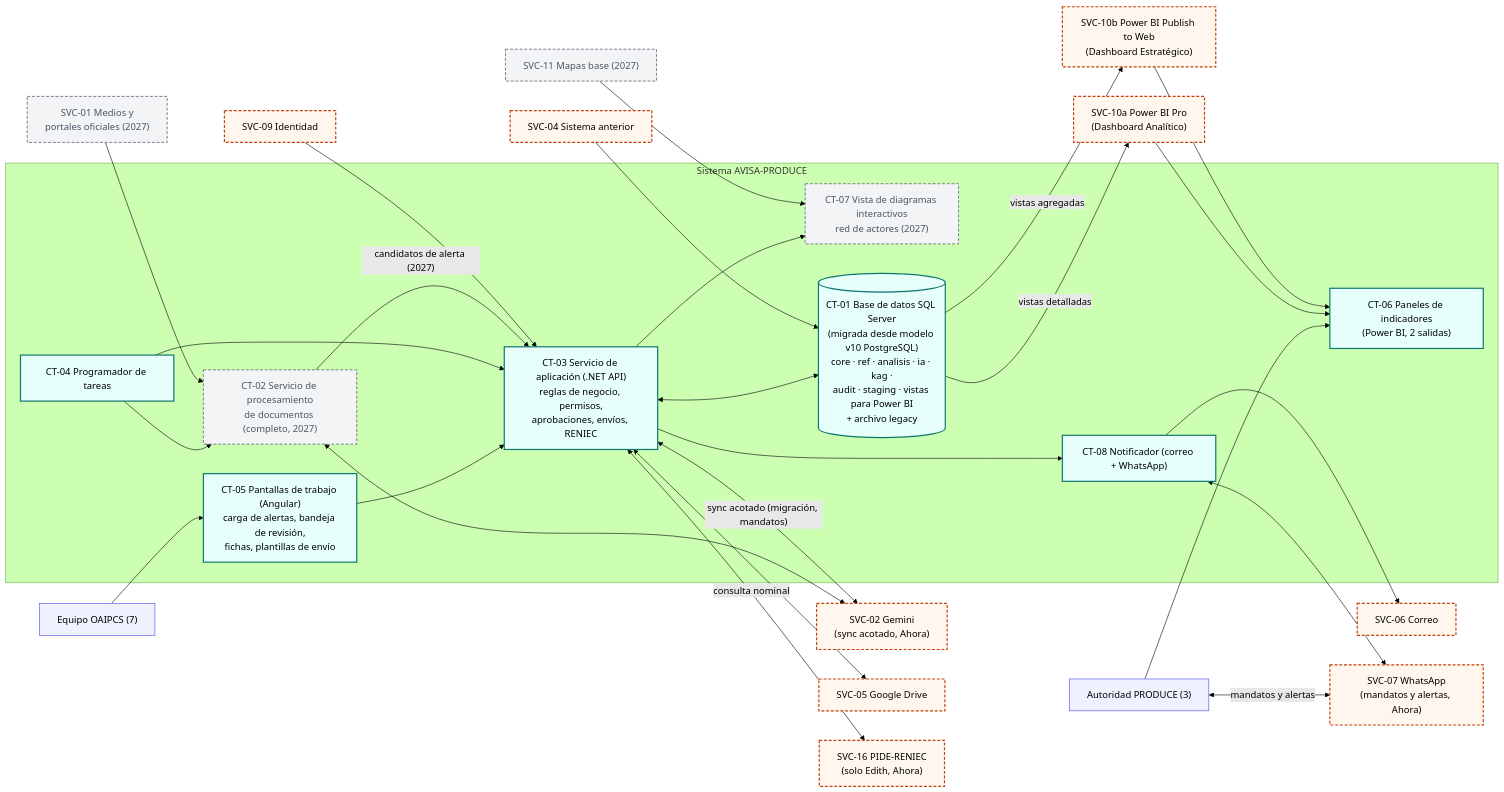
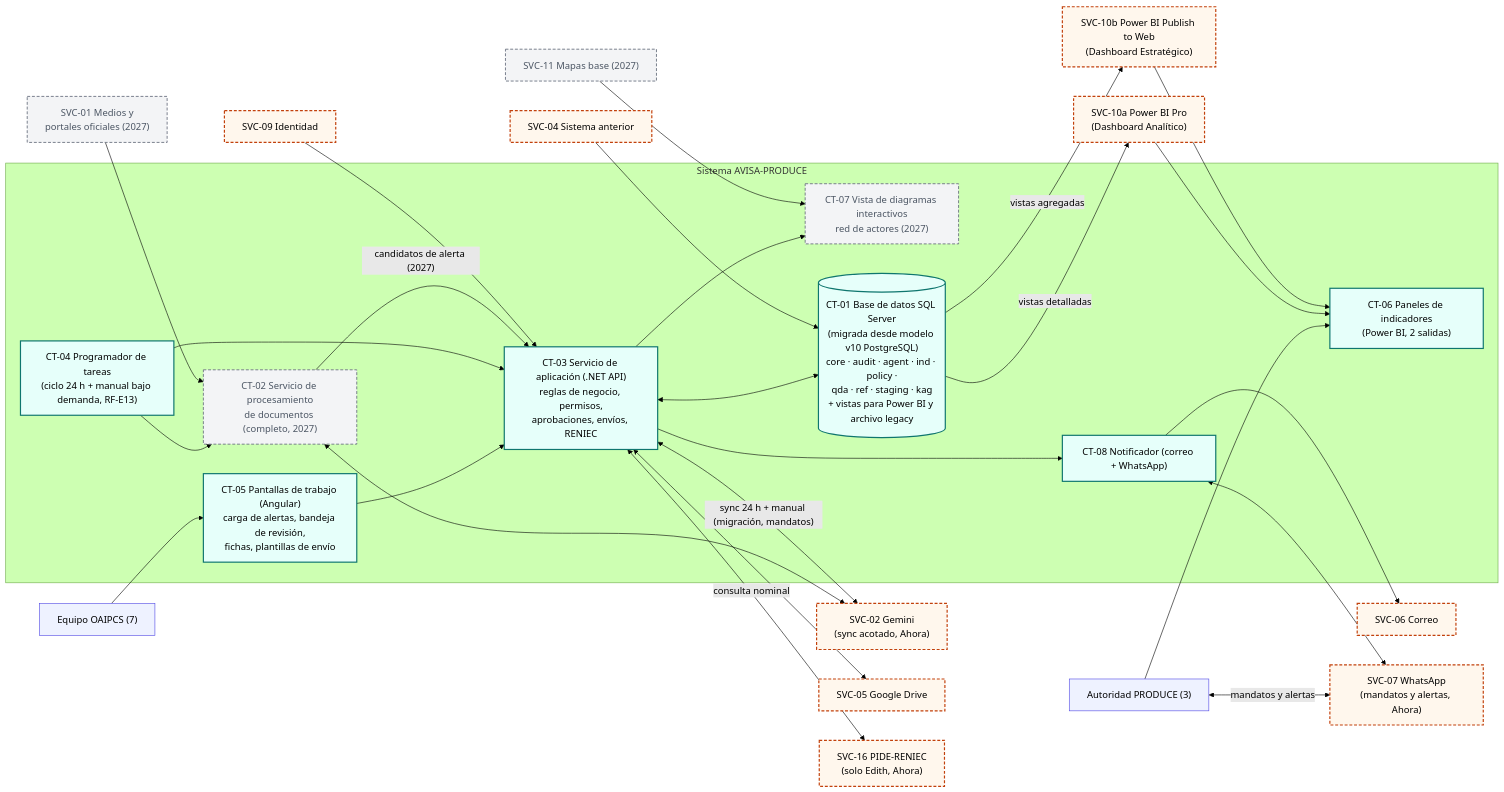
The fourth of 9 diagrams in docs/ERS_AVISA_PRODUCE_v0.6.md (diegopaucarv/avisa), drawn with Mermaid (forest theme) before and after one commit. The commit also changed other lines of this file and 5 other files, not shown here.

````diff
--- a/docs/ERS_AVISA_PRODUCE_v0.6.md
+++ b/docs/ERS_AVISA_PRODUCE_v0.6.md
@@ -1553,59 +1567,59 @@
 ```mermaid
 flowchart LR
   classDef pieza fill:#e6fffa,stroke:#0f766e,stroke-width:2px;
   classDef integra fill:#fff7ed,stroke:#c2410c,stroke-width:2px,stroke-dasharray:5 3;
   classDef pendiente fill:#fef2f2,stroke:#b91c1c,stroke-width:1.5px,stroke-dasharray:2 2;
   classDef futuro fill:#f3f4f6,stroke:#6b7280,stroke-width:1.5px,stroke-dasharray:5 3,color:#4b5563;
   classDef persona fill:#eef2ff,stroke:#4f46e5,stroke-width:1px;
 
   AN["Equipo OAIPCS (7)"]:::persona
   ALTA["Autoridad PRODUCE (3)"]:::persona
 
   subgraph SIS["Sistema AVISA-PRODUCE"]
     CT05["CT-05 Pantallas de trabajo (Angular)<br/>carga de alertas, bandeja de revisión,<br/>fichas, plantillas de envío"]:::pieza
     CT06["CT-06 Paneles de indicadores<br/>(Power BI, 2 salidas)"]:::pieza
     CT07["CT-07 Vista de diagramas interactivos<br/>red de actores (2027)"]:::futuro
     CT03["CT-03 Servicio de aplicación (.NET API)<br/>reglas de negocio, permisos,<br/>aprobaciones, envíos, RENIEC"]:::pieza
     CT02["CT-02 Servicio de procesamiento<br/>de documentos (completo, 2027)"]:::futuro
-    CT04["CT-04 Programador de tareas"]:::pieza
+    CT04["CT-04 Programador de tareas<br/>(ciclo 24 h + manual bajo demanda, RF-E13)"]:::pieza
     CT08["CT-08 Notificador (correo + WhatsApp)"]:::pieza
-    BD[("CT-01 Base de datos SQL Server<br/>(migrada desde modelo v10 PostgreSQL)<br/>core · ref · analisis · ia · kag ·<br/>audit · staging · vistas para Power BI<br/>+ archivo legacy")]:::pieza
+    BD[("CT-01 Base de datos SQL Server<br/>(migrada desde modelo v10 PostgreSQL)<br/>core · audit · agent · ind · policy ·<br/>qda · ref · staging · kag<br/>+ vistas para Power BI y archivo legacy")]:::pieza
   end
 
   S01["SVC-01 Medios y<br/>portales oficiales (2027)"]:::futuro
   S02["SVC-02 Gemini<br/>(sync acotado, Ahora)"]:::integra
   S04["SVC-04 Sistema anterior"]:::integra
   S05["SVC-05 Google Drive"]:::integra
   S06["SVC-06 Correo"]:::integra
   S07["SVC-07 WhatsApp<br/>(mandatos y alertas, Ahora)"]:::integra
   S09["SVC-09 Identidad"]:::integra
   S10A["SVC-10a Power BI Pro<br/>(Dashboard Analítico)"]:::integra
   S10B["SVC-10b Power BI Publish to Web<br/>(Dashboard Estratégico)"]:::integra
   S11["SVC-11 Mapas base (2027)"]:::futuro
   S16["SVC-16 PIDE-RENIEC<br/>(solo Edith, Ahora)"]:::integra
 
   AN --> CT05
   ALTA --> CT06
   ALTA <-->|"mandatos y alertas"| S07
   CT05 --> CT03
   CT03 <--> BD
   CT04 --> CT03
   CT04 --> CT02
   S01 --> CT02
   CT02 <--> S02
-  CT03 <-->|"sync acotado (migración, mandatos)"| S02
+  CT03 <-->|"sync 24 h + manual (migración, mandatos)"| S02
   CT02 -->|"candidatos de alerta (2027)"| CT03
   S04 --> BD
   CT03 --> CT08
   CT08 --> S06
   CT08 <--> S07
   CT03 <--> S05
   S09 --> CT03
   CT03 <-->|"consulta nominal"| S16
   BD -->|"vistas detalladas"| S10A
   BD -->|"vistas agregadas"| S10B
   S10A --> CT06
   S10B --> CT06
   CT03 --> CT07
   S11 --> CT07
 ```
````
